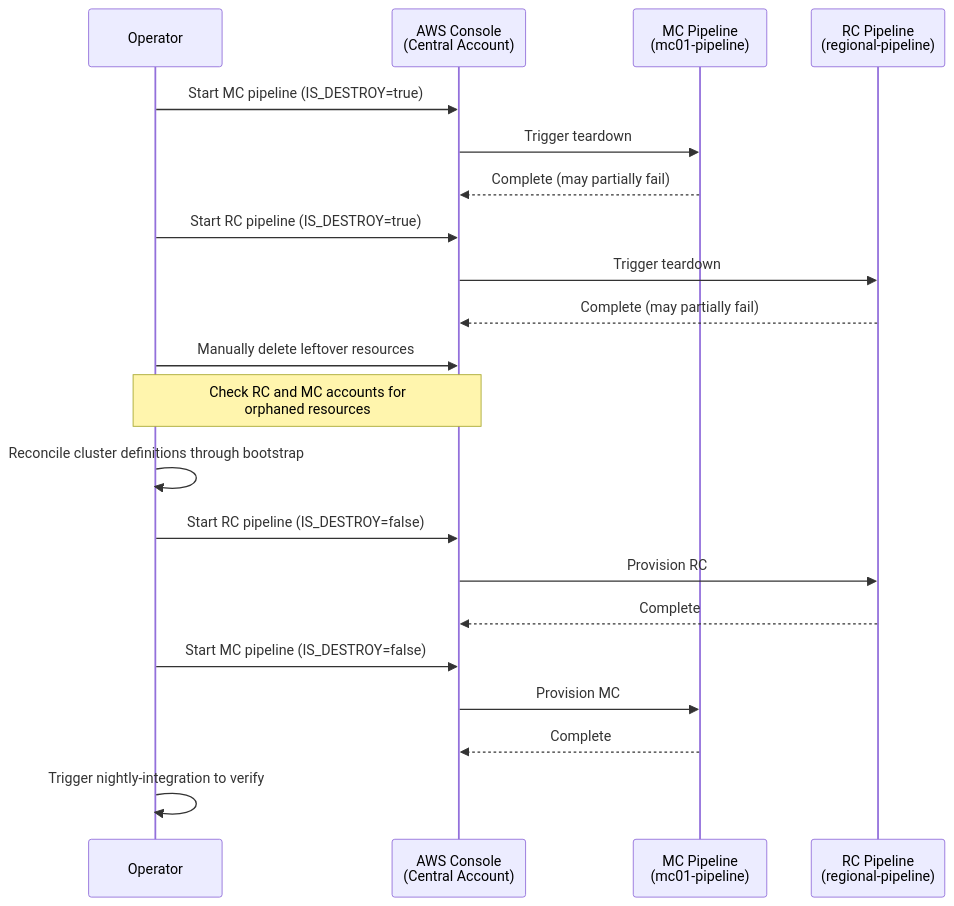
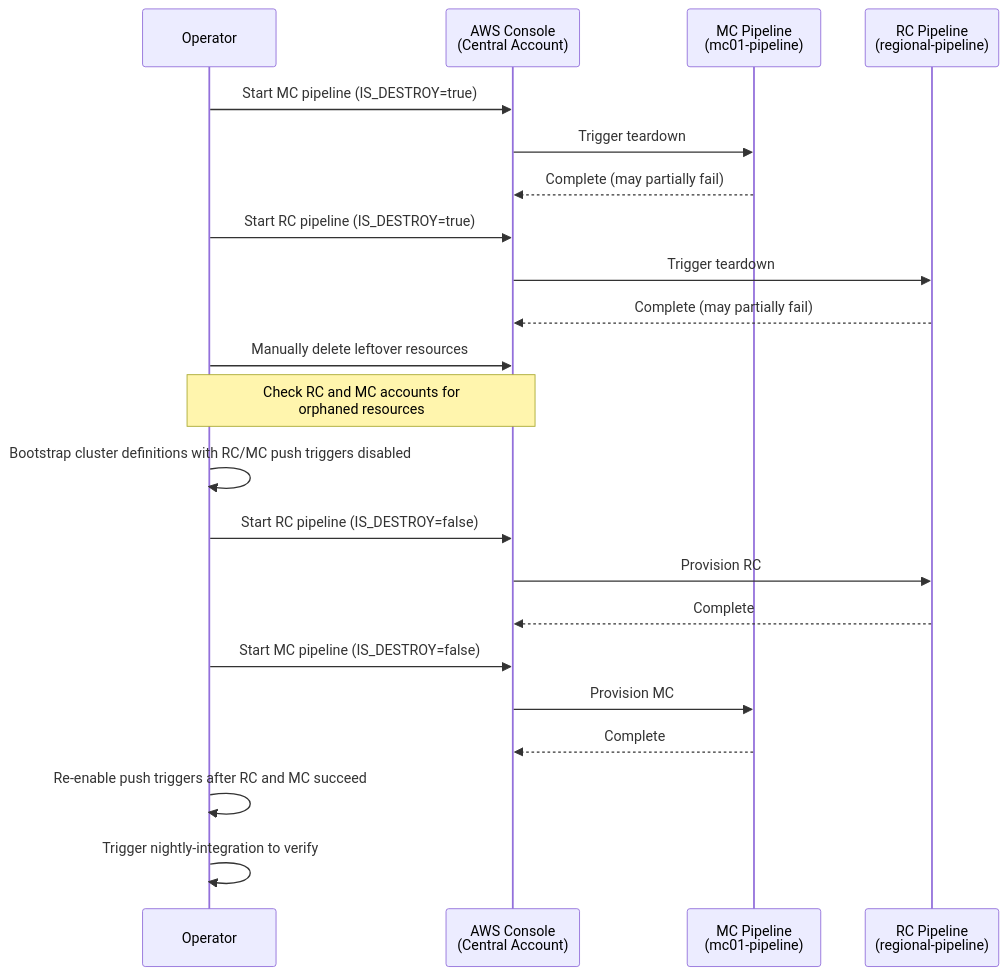
Before and after one commit to openshift-online/rosa-seaplane: the diagram in docs/sop/rebuild-integration.md, drawn with Mermaid. The commit also changed other lines of this file and 3 other files, not shown here.

````diff
--- a/docs/sop/rebuild-integration.md
+++ b/docs/sop/rebuild-integration.md
@@ -16,23 +16,24 @@
 ```mermaid
 sequenceDiagram
     participant Operator
     participant Console as AWS Console<br/>(Central Account)
     participant MC as MC Pipeline<br/>(mc01-pipeline)
     participant RC as RC Pipeline<br/>(regional-pipeline)
     Operator->>Console: Start MC pipeline (IS_DESTROY=true)
     Console->>MC: Trigger teardown
     MC-->>Console: Complete (may partially fail)
     Operator->>Console: Start RC pipeline (IS_DESTROY=true)
     Console->>RC: Trigger teardown
     RC-->>Console: Complete (may partially fail)
     Operator->>Console: Manually delete leftover resources
     Note over Operator,Console: Check RC and MC accounts for<br/>orphaned resources
-    Operator->>Operator: Reconcile cluster definitions through bootstrap
+    Operator->>Operator: Bootstrap cluster definitions with RC/MC push triggers disabled
     Operator->>Console: Start RC pipeline (IS_DESTROY=false)
     Console->>RC: Provision RC
     RC-->>Console: Complete
     Operator->>Console: Start MC pipeline (IS_DESTROY=false)
     Console->>MC: Provision MC
     MC-->>Console: Complete
+    Operator->>Operator: Re-enable push triggers after RC and MC succeed
     Operator->>Operator: Trigger nightly-integration to verify
 ```
````
